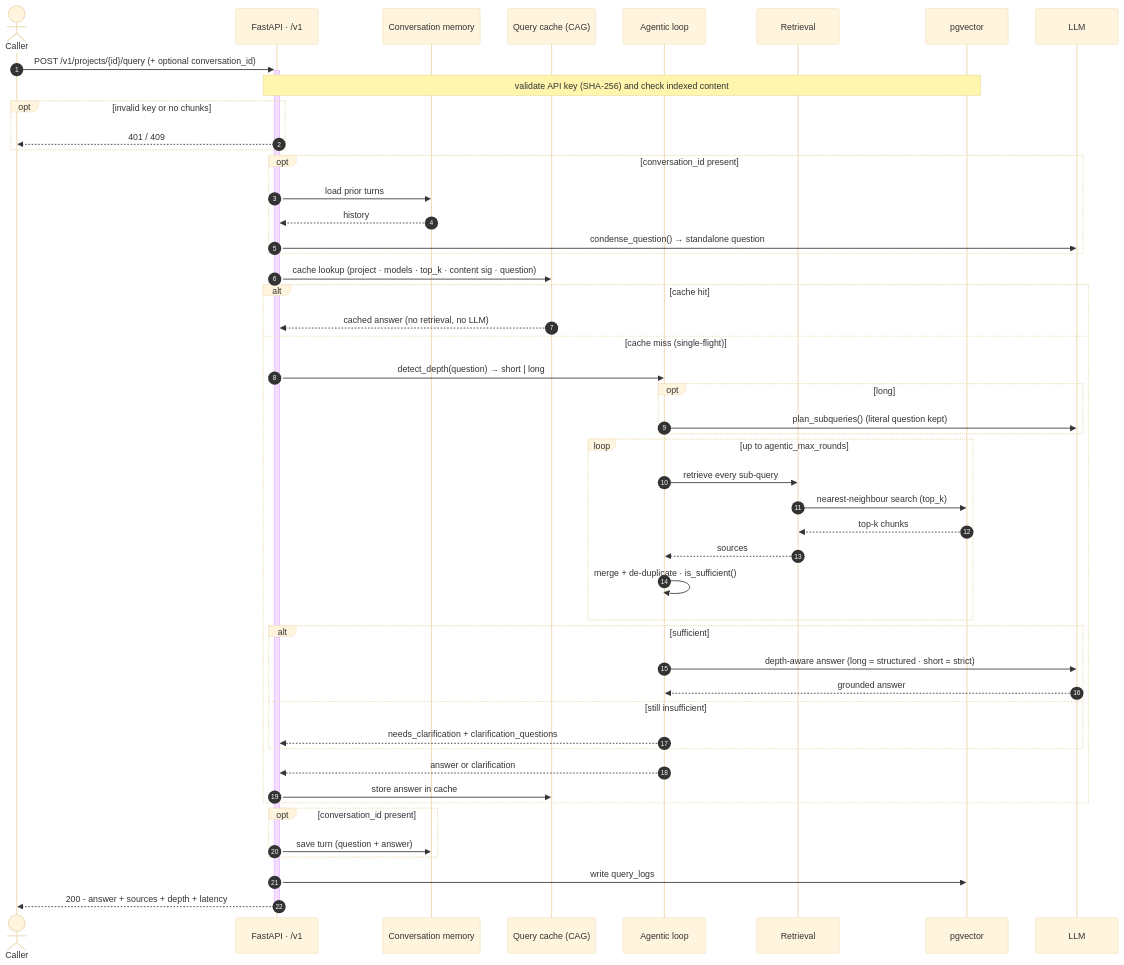
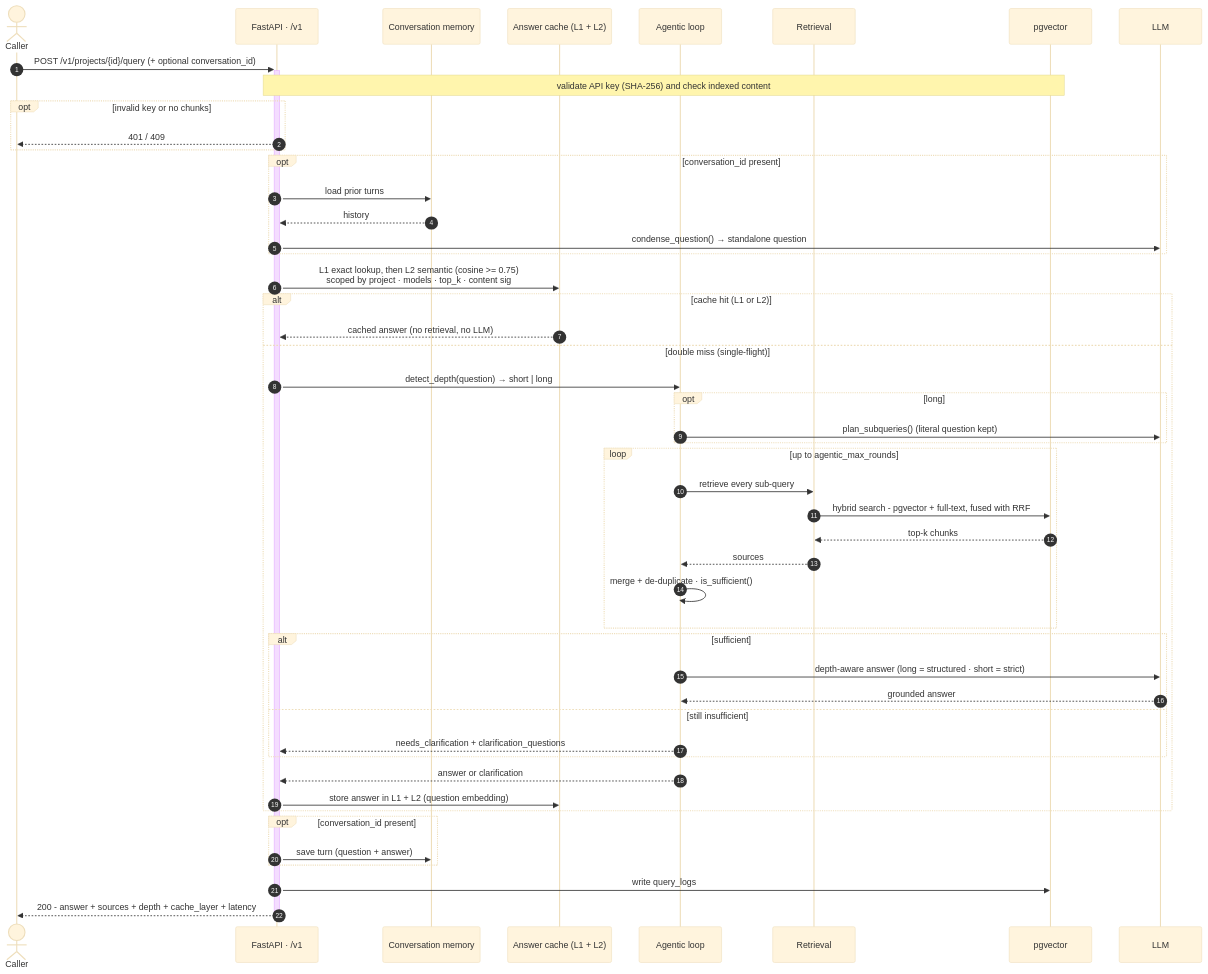
Before and after one commit to haroontrailblazer/Oreag: the third of 6 diagrams in Readme.md, drawn with Mermaid (base theme). The commit also changed other lines of this file and 12 other files, not shown here.

````diff
--- a/Readme.md
+++ b/Readme.md
@@ -166,55 +168,55 @@
 ```mermaid
 sequenceDiagram
     autonumber
     actor C as Caller
     participant API as FastAPI · /v1
     participant CV as Conversation memory
-    participant QC as Query cache (CAG)
+    participant QC as Answer cache (L1 + L2)
     participant AG as Agentic loop
     participant R as Retrieval
     participant DB as pgvector
     participant L as LLM
 
     C->>+API: POST /v1/projects/{id}/query (+ optional conversation_id)
     Note over API,DB: validate API key (SHA-256) and check indexed content
     opt invalid key or no chunks
         API-->>C: 401 / 409
     end
 
     opt conversation_id present
         API->>CV: load prior turns
         CV-->>API: history
         API->>L: condense_question() → standalone question
     end
 
-    API->>QC: cache lookup (project · models · top_k · content sig · question)
-    alt cache hit
+    API->>QC: L1 exact lookup, then L2 semantic (cosine >= 0.75)<br/>scoped by project · models · top_k · content sig
+    alt cache hit (L1 or L2)
         QC-->>API: cached answer (no retrieval, no LLM)
-    else cache miss (single-flight)
+    else double miss (single-flight)
         API->>AG: detect_depth(question) → short | long
         opt long
             AG->>L: plan_subqueries() (literal question kept)
         end
         loop up to agentic_max_rounds
             AG->>R: retrieve every sub-query
-            R->>DB: nearest-neighbour search (top_k)
+            R->>DB: hybrid search - pgvector + full-text, fused with RRF
             DB-->>R: top-k chunks
             R-->>AG: sources
             AG->>AG: merge + de-duplicate · is_sufficient()
         end
         alt sufficient
             AG->>L: depth-aware answer (long = structured · short = strict)
             L-->>AG: grounded answer
         else still insufficient
             AG-->>API: needs_clarification + clarification_questions
         end
         AG-->>API: answer or clarification
-        API->>QC: store answer in cache
+        API->>QC: store answer in L1 + L2 (question embedding)
     end
 
     opt conversation_id present
         API->>CV: save turn (question + answer)
     end
     API->>DB: write query_logs
-    API-->>-C: 200 - answer + sources + depth + latency
+    API-->>-C: 200 - answer + sources + depth + cache_layer + latency
 ```
````
